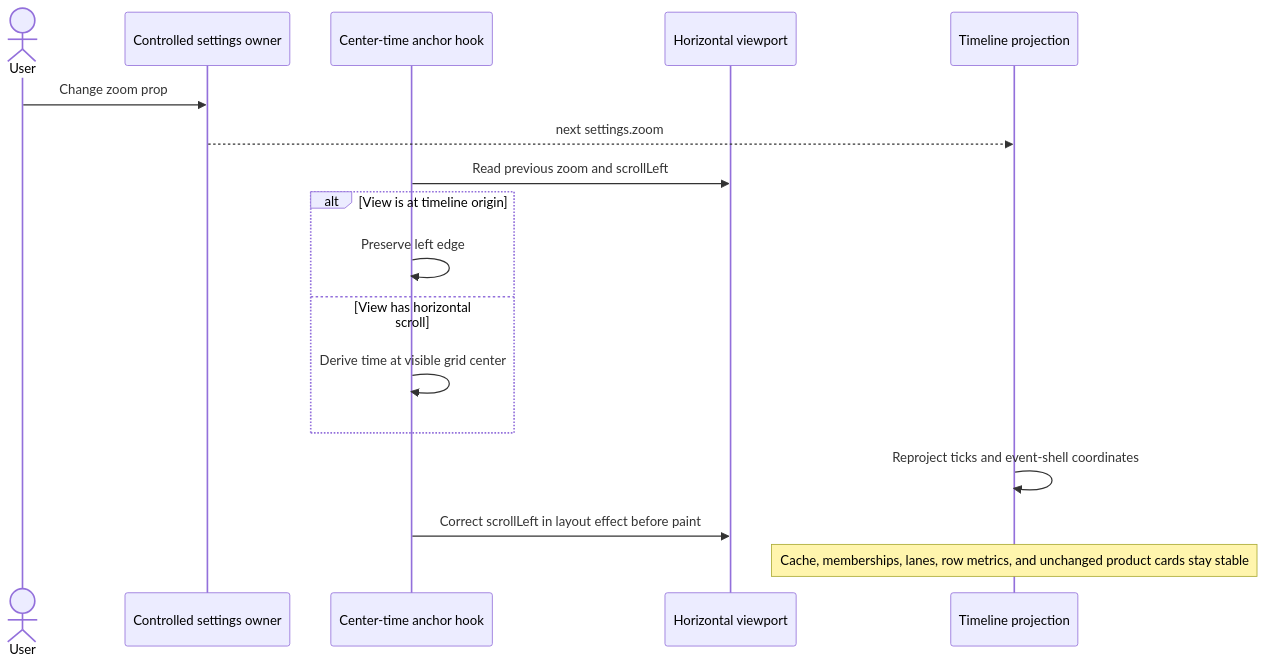
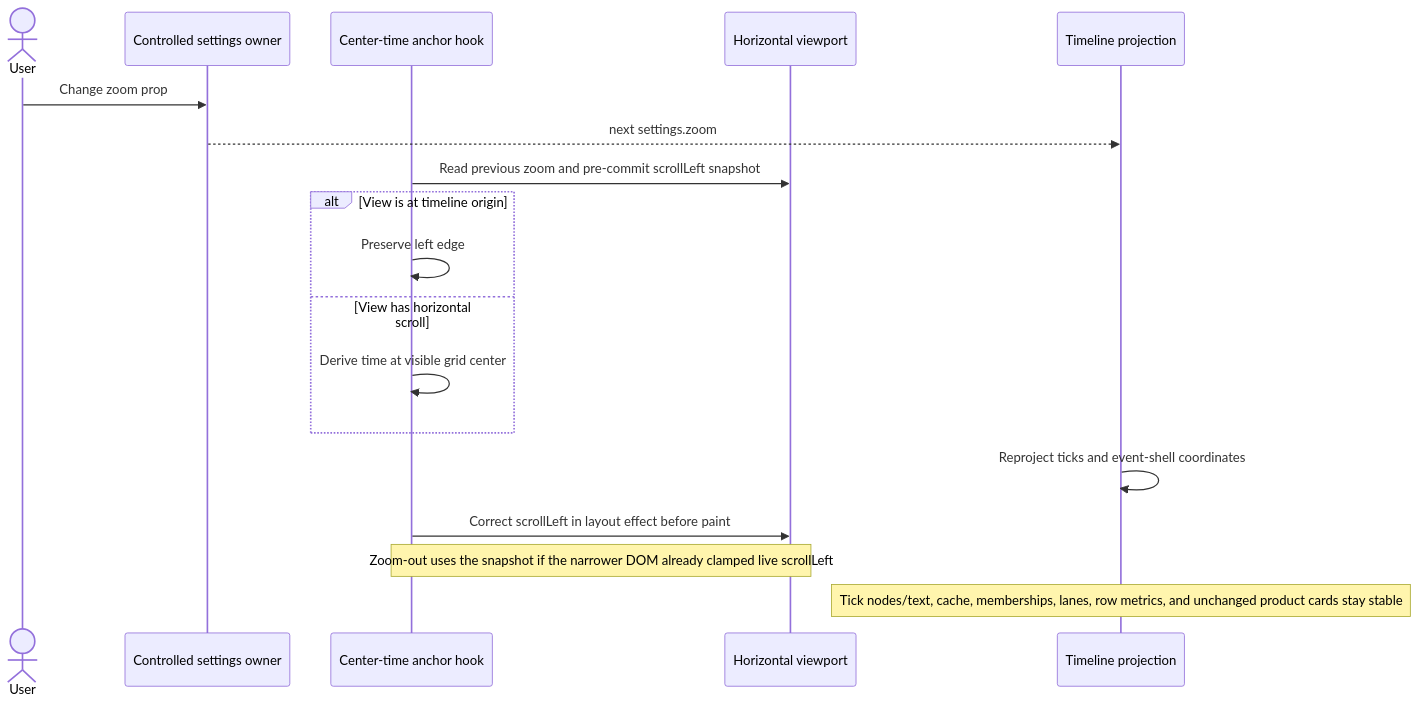
One commit to junomedical/quno-calendar changed the seventh of 9 diagrams in docs/flows/interactions-and-zoom.md. Above: the diagram before and after it, drawn with Mermaid. The commit also changed other lines of this file and 46 other files, not shown here.

````diff
--- a/docs/flows/interactions-and-zoom.md
+++ b/docs/flows/interactions-and-zoom.md
@@ -145,20 +145,21 @@
 ```mermaid
 sequenceDiagram
   actor User
   participant Parent as Controlled settings owner
   participant Anchor as Center-time anchor hook
   participant View as Horizontal viewport
   participant Render as Timeline projection
 
   User->>Parent: Change zoom prop
   Parent-->>Render: next settings.zoom
-  Anchor->>View: Read previous zoom and scrollLeft
+  Anchor->>View: Read previous zoom and pre-commit scrollLeft snapshot
   alt View is at timeline origin
     Anchor->>Anchor: Preserve left edge
   else View has horizontal scroll
     Anchor->>Anchor: Derive time at visible grid center
   end
   Render->>Render: Reproject ticks and event-shell coordinates
   Anchor->>View: Correct scrollLeft in layout effect before paint
-  Note over Render: Cache, memberships, lanes, row metrics, and unchanged product cards stay stable
+  Note over Anchor,View: Zoom-out uses the snapshot if the narrower DOM already clamped live scrollLeft
+  Note over Render: Tick nodes/text, cache, memberships, lanes, row metrics, and unchanged product cards stay stable
 ```
````
